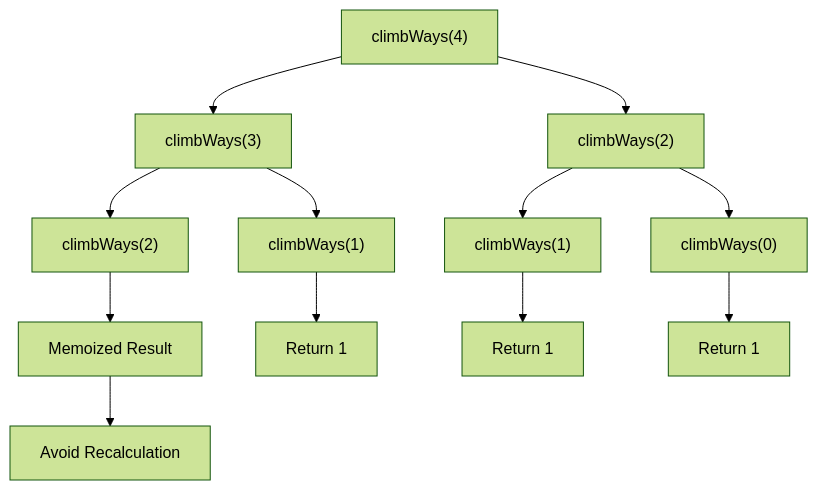
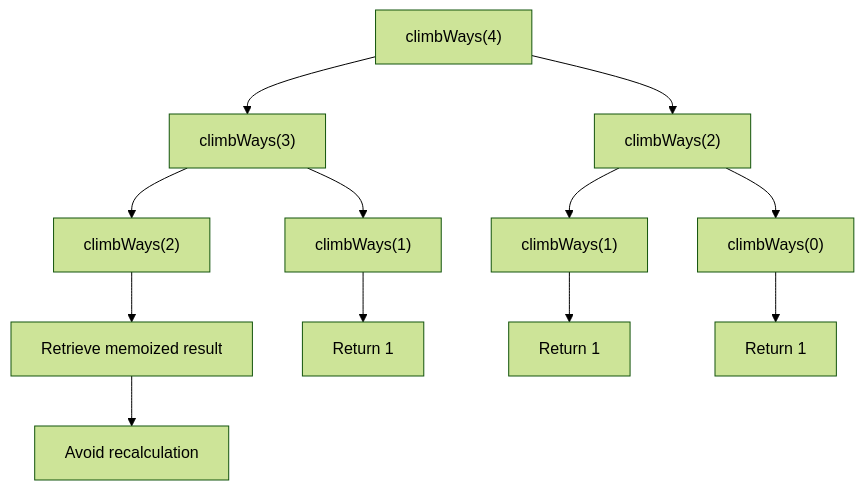
The seventh of 11 diagrams in README.md (accio-hyd/JS2-test-questions), drawn with Mermaid (forest theme) before and after one commit. The commit also changed other lines of this file, not shown here.

````diff
--- a/README.md
+++ b/README.md
@@ -731,14 +734,14 @@
 ```mermaid
 flowchart TD
     A["climbWays(4)"] --> B["climbWays(3)"]
     A --> C["climbWays(2)"]
     B --> D["climbWays(2)"]
     B --> E["climbWays(1)"]
     C --> F["climbWays(1)"]
     C --> G["climbWays(0)"]
-    D --> H["Memoized Result"]
+    D --> H["Retrieve memoized result"]
     E --> I["Return 1"]
     F --> J["Return 1"]
     G --> K["Return 1"]
-    H --> L["Avoid Recalculation"]
+    H --> L["Avoid recalculation"]
 ```
````
